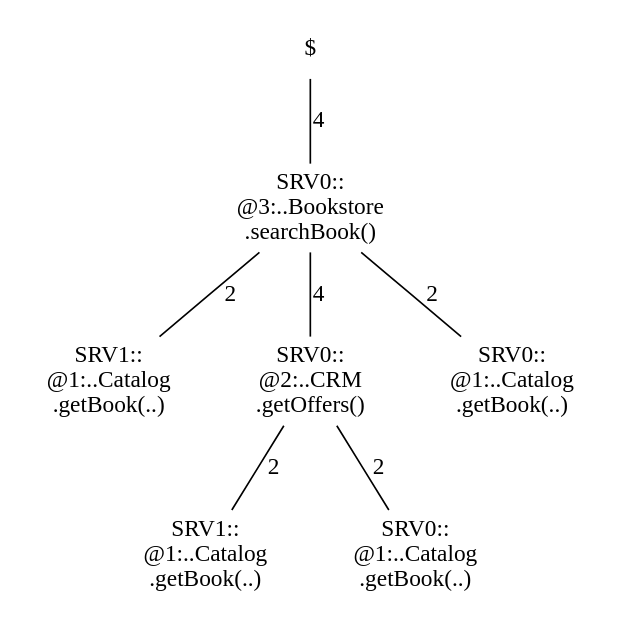
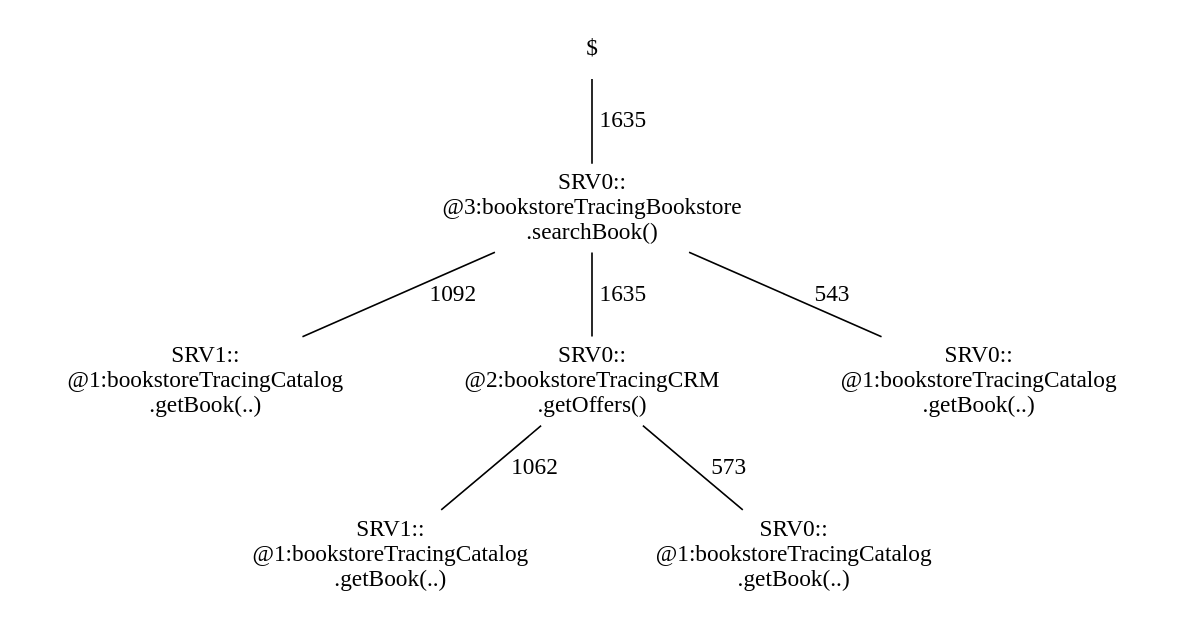
One commit to kieker-monitoring/kieker changed the diagram in doc/userguide/images/example-plots/aggregatedDeploymentCallTree.dot. Above: the diagram before and after it, drawn with Graphviz. The commit also changed 12 other files, not shown here.

```diff
--- a/doc/userguide/images/example-plots/aggregatedDeploymentCallTree.dot
+++ b/doc/userguide/images/example-plots/aggregatedDeploymentCallTree.dot
@@ -1,22 +1,22 @@
 digraph G {
 0[label ="$",shape=none];
-1[label ="SRV0::\n@3:..Bookstore\n.searchBook()",shape=none];
-2[label ="SRV1::\n@1:..Catalog\n.getBook(..)",shape=none];
-3[label ="SRV0::\n@2:..CRM\n.getOffers()",shape=none];
-4[label ="SRV1::\n@1:..Catalog\n.getBook(..)",shape=none];
-5[label ="SRV0::\n@1:..Catalog\n.getBook(..)",shape=none];
-6[label ="SRV0::\n@1:..Catalog\n.getBook(..)",shape=none];
+1[label ="SRV0::\n@3:bookstoreTracingBookstore\n.searchBook()",shape=none];
+2[label ="SRV1::\n@1:bookstoreTracingCatalog\n.getBook(..)",shape=none];
+3[label ="SRV0::\n@2:bookstoreTracingCRM\n.getOffers()",shape=none];
+4[label ="SRV1::\n@1:bookstoreTracingCatalog\n.getBook(..)",shape=none];
+5[label ="SRV0::\n@1:bookstoreTracingCatalog\n.getBook(..)",shape=none];
+6[label ="SRV0::\n@1:bookstoreTracingCatalog\n.getBook(..)",shape=none];
 
-0->1[style=solid,arrowhead=none,label="4" ]
+0->1[style=solid,arrowhead=none,label="1635" ]
 
-1->2[style=solid,arrowhead=none,label="2" ]
+1->2[style=solid,arrowhead=none,label="1092" ]
 
-1->3[style=solid,arrowhead=none,label="4" ]
+1->3[style=solid,arrowhead=none,label="1635" ]
 
-3->4[style=solid,arrowhead=none,label="2" ]
+3->4[style=solid,arrowhead=none,label="1062" ]
 
-3->5[style=solid,arrowhead=none,label="2" ]
+3->5[style=solid,arrowhead=none,label="573" ]
 
-1->6[style=solid,arrowhead=none,label="2" ]
+1->6[style=solid,arrowhead=none,label="543" ]
 
 }
```
